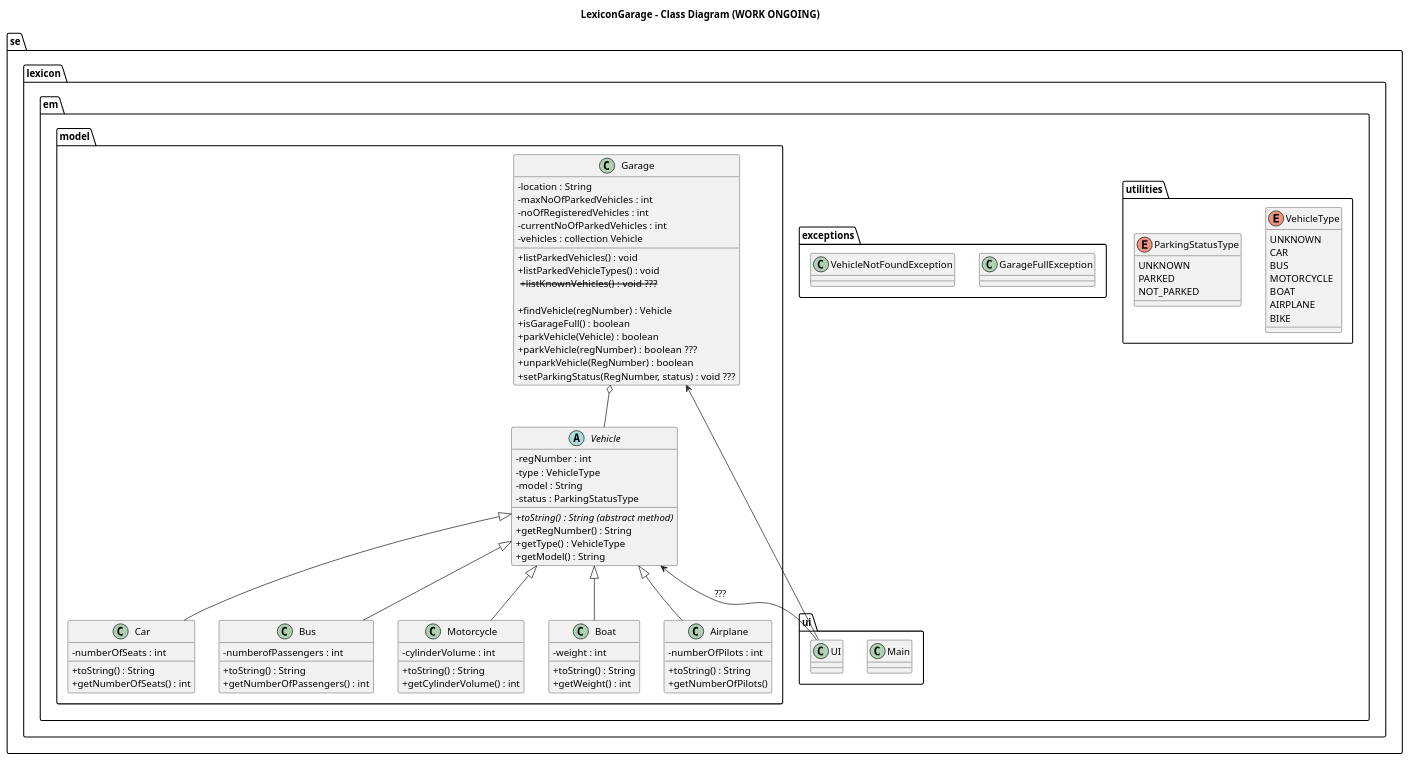
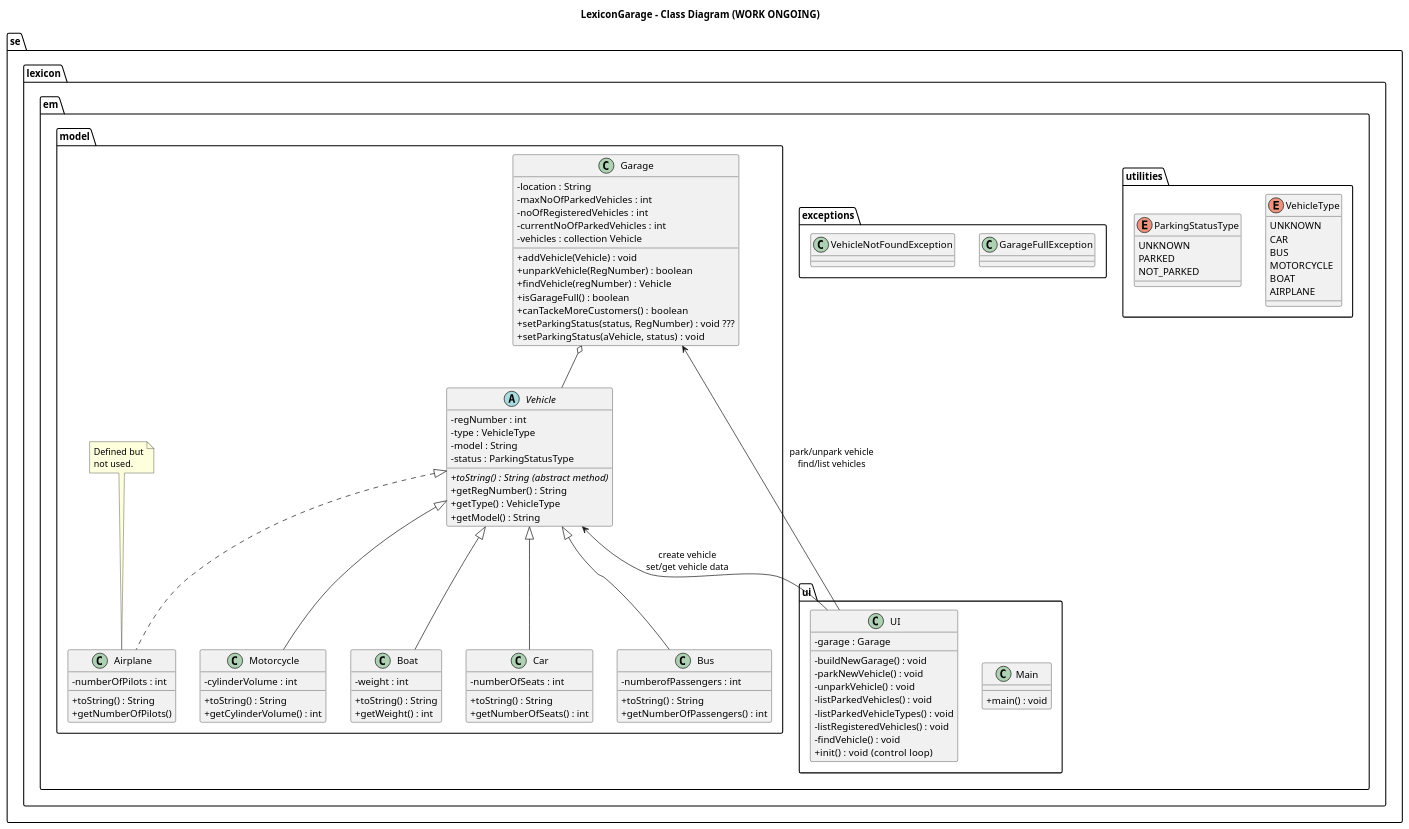
One commit to wikitrom/lexicon-garage changed the diagram in classDiagram.puml. Above: the diagram before and after it, drawn with PlantUML. The commit also changed 1 other file, not shown here.

Commit message:
Update class diagram to match implementation
- Clean up UI class.

```diff
--- a/classDiagram.puml
+++ b/classDiagram.puml
@@ -1,138 +1,152 @@
 @startuml
 
 ' settings
 ' --------------------------------------------
 skinparam classAttributeIconSize 0
 
 title LexiconGarage - Class Diagram (WORK ONGOING)
 
 ' define packages/namespaces and/or classes
 ' --------------------------------------------
 
 namespace se.lexicon.em.utilities {
 enum VehicleType {
   UNKNOWN
   CAR
   BUS
   MOTORCYCLE
   BOAT
   AIRPLANE
-  BIKE
 }
 
 enum ParkingStatusType {
   UNKNOWN
   PARKED
   NOT_PARKED
   }
 
 }
 ' --- end namespace/package
 
 namespace se.lexicon.em.ui {
-class Main
-class UI
+class Main {
+  +main() : void
+}
+class UI {
+  -garage : Garage
+
+  -buildNewGarage() : void
+  -parkNewVehicle() : void
+  -unparkVehicle() : void
+  -listParkedVehicles() : void
+  -listParkedVehicleTypes() : void
+  -listRegisteredVehicles() : void
+  -findVehicle() : void
+  +init() : void  (control loop)
+}
+
 }
 ' --- end namespace/package
 
 namespace se.lexicon.em.exceptions {
 class GarageFullException
 class VehicleNotFoundException
 }
 ' --- end namespace/package
 
 namespace se.lexicon.em.model {
 
 ' -- Classes
 class Garage {
   -location : String
   -maxNoOfParkedVehicles : int
   -noOfRegisteredVehicles : int
   -currentNoOfParkedVehicles : int
   -vehicles : collection Vehicle
 
-  +listParkedVehicles() : void
-  +listParkedVehicleTypes() : void
- <strike> +listKnownVehicles() : void  ??? </strike>
-
+  '+listParkedVehicles() : void ???
+  '+listParkedVehicleTypes() : void ???
+  '+listKnownVehicles() : void  ???
+  +addVehicle(Vehicle) : void
+  +unparkVehicle(RegNumber) : boolean
   +findVehicle(regNumber) : Vehicle
   +isGarageFull() : boolean
-  +parkVehicle(Vehicle) : boolean
-  +parkVehicle(regNumber) : boolean  ???
-  +unparkVehicle(RegNumber) : boolean
-  +setParkingStatus(RegNumber, status) : void ???
+  +canTackeMoreCustomers() : boolean
+  +setParkingStatus(status, RegNumber) : void ???
+  +setParkingStatus(aVehicle,  status) : void
 
 }
 
 abstract class Vehicle {
   -regNumber : int
   -type : VehicleType
   -model : String
   -status : ParkingStatusType
 
   {abstract} +toString() : String (abstract method)
   +getRegNumber() : String
   +getType() : VehicleType
   +getModel() : String
 
 }
 
 class Car {
   -numberOfSeats : int
 
   +toString() : String
   +getNumberOfSeats() : int
 }
 
 class Bus {
   -numberofPassengers : int
 
   +toString() : String
   +getNumberOfPassengers() : int
 }
 
 class Motorcycle {
   -cylinderVolume : int
 
   +toString() : String
   +getCylinderVolume() : int
 }
 
 class Boat {
   -weight : int
 
   +toString() : String
   +getWeight() : int
 }
 
 class Airplane {
  -numberOfPilots : int
 
   +toString() : String
   +getNumberOfPilots()
 }
-
+note "Defined but\nnot used." as N1
+N1 .. Airplane
 
 ' -- Relations
 
 Vehicle <|-- Car
 Vehicle <|-- Bus
 Vehicle <|-- Motorcycle
 Vehicle <|-- Boat
-Vehicle <|-- Airplane
+Vehicle <|.. Airplane
 
 Garage o-- Vehicle
 
 }
 ' --- end namespace/package
 
 
 ' define relations between packages/namespaces
 ' --------------------------------------------
 
-se.lexicon.em.model.Garage <-down- se.lexicon.em.ui.UI
-se.lexicon.em.model.Vehicle <-down- se.lexicon.em.ui.UI  : ???
+se.lexicon.em.model.Garage <-down- se.lexicon.em.ui.UI  : park/unpark vehicle\nfind/list vehicles
+se.lexicon.em.model.Vehicle <-down- se.lexicon.em.ui.UI : create vehicle\nset/get vehicle data
 ' se.lexicon.em.utilities -- se.lexicon.em.model.Vehicle
 ' se.lexicon.em.exceptions -up- se.lexicon.em.model
 
 @enduml
```
